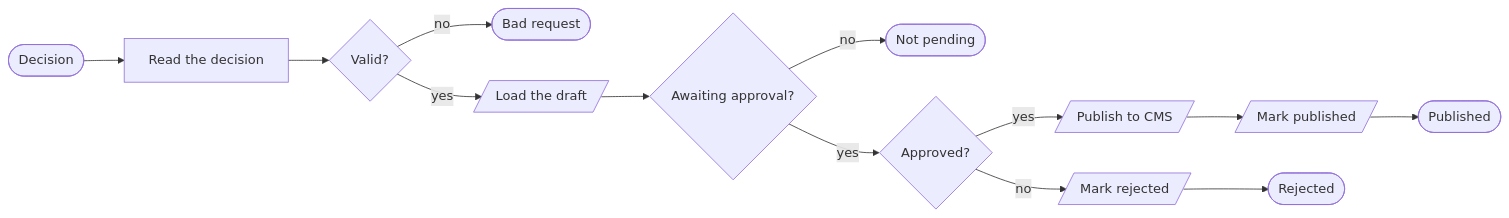
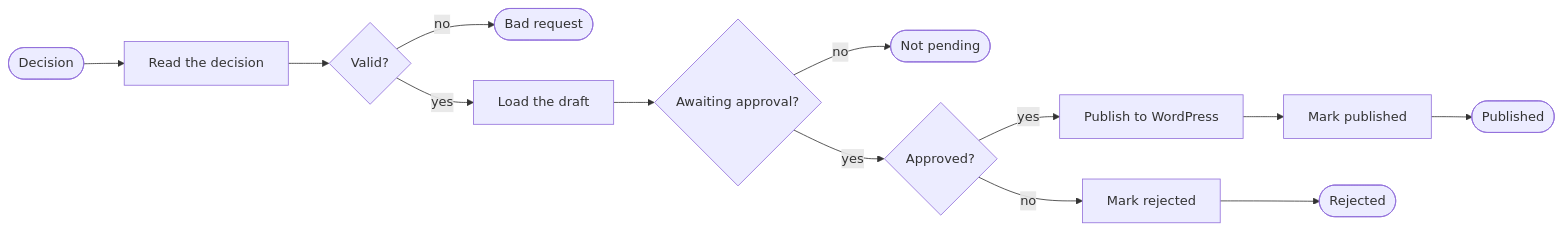
One commit to kimjoshuadr/n8n-workflows changed the second of 3 diagrams in systems/content-pipeline/README.md. Above: the diagram before and after it, drawn with Mermaid. The commit also changed other lines of this file and 184 other files, not shown here.

Commit message:
Finish the move to named platforms: blocks, BambooHR, generated README, schema and platform marks

````diff
--- a/systems/content-pipeline/README.md
+++ b/systems/content-pipeline/README.md
@@ -80,28 +82,28 @@
 ```mermaid
 flowchart LR
   ne9uvpf(["Decision"])
   nmemhf2["Read the decision"]
   n2xqlyi{"Valid?"}
   nmff94d(["Bad request"])
-  n293tr3[/"Load the draft"/]
+  n293tr3["Load the draft"]
   n1n0t10v{"Awaiting approval?"}
   n1012if7(["Not pending"])
   n1dst0kh{"Approved?"}
-  nfiixwc[/"Publish to CMS"/]
-  nl86jia[/"Mark published"/]
+  n1en492k["Publish to WordPress"]
+  nl86jia["Mark published"]
   nybv44n(["Published"])
-  n18u9pka[/"Mark rejected"/]
+  n18u9pka["Mark rejected"]
   n1tvvf6t(["Rejected"])
   ne9uvpf --> nmemhf2
   nmemhf2 --> n2xqlyi
   n2xqlyi -->|yes| n293tr3
   n293tr3 --> n1n0t10v
   n1n0t10v -->|yes| n1dst0kh
-  n1dst0kh -->|yes| nfiixwc
-  nfiixwc --> nl86jia
+  n1dst0kh -->|yes| n1en492k
+  n1en492k --> nl86jia
   nl86jia --> nybv44n
   n2xqlyi -->|no| nmff94d
   n1n0t10v -->|no| n1012if7
   n1dst0kh -->|no| n18u9pka
   n18u9pka --> n1tvvf6t
 ```
````
